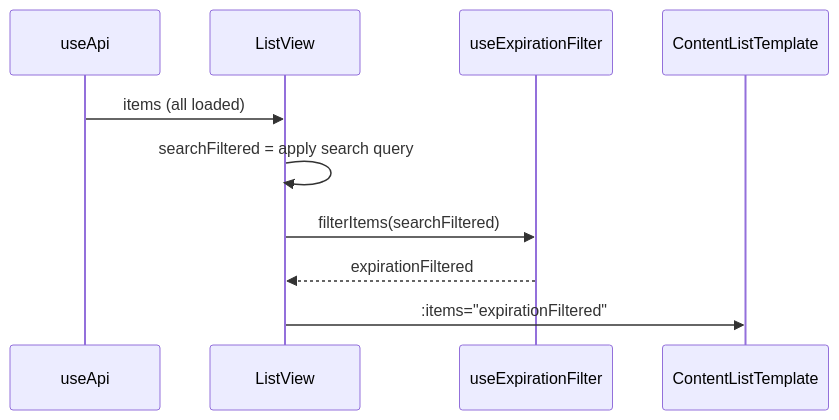
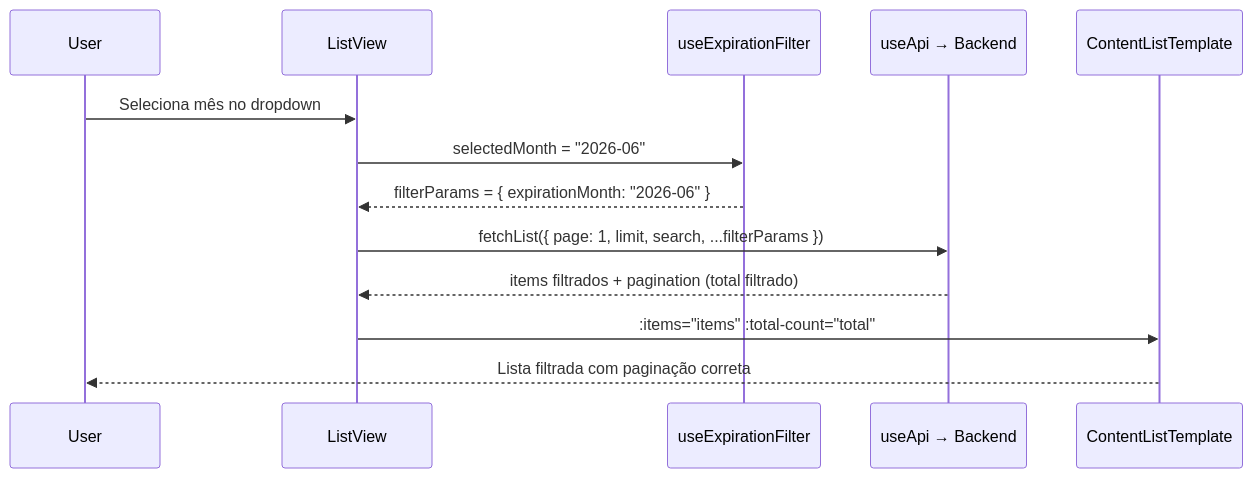
The diagram in .kiro/specs/expiration-date-filter/design.md (kadito/clever_v3), drawn with Mermaid before and after one commit. The commit also changed other lines of this file and 26 other files, not shown here.

````diff
--- a/.kiro/specs/expiration-date-filter/design.md
+++ b/.kiro/specs/expiration-date-filter/design.md
@@ -114,13 +178,16 @@
 ```mermaid
 sequenceDiagram
-    participant API as useApi
+    participant User
     participant LV as ListView
     participant EF as useExpirationFilter
+    participant API as useApi → Backend
     participant CLT as ContentListTemplate
 
-    API->>LV: items (all loaded)
-    LV->>LV: searchFiltered = apply search query
-    LV->>EF: filterItems(searchFiltered)
-    EF-->>LV: expirationFiltered
-    LV->>CLT: :items="expirationFiltered"
+    User->>LV: Seleciona mês no dropdown
+    LV->>EF: selectedMonth = "2026-06"
+    EF-->>LV: filterParams = { expirationMonth: "2026-06" }
+    LV->>API: fetchList({ page: 1, limit, search, ...filterParams })
+    API-->>LV: items filtrados + pagination (total filtrado)
+    LV->>CLT: :items="items" :total-count="total"
+    CLT-->>User: Lista filtrada com paginação correta
 ```
````
